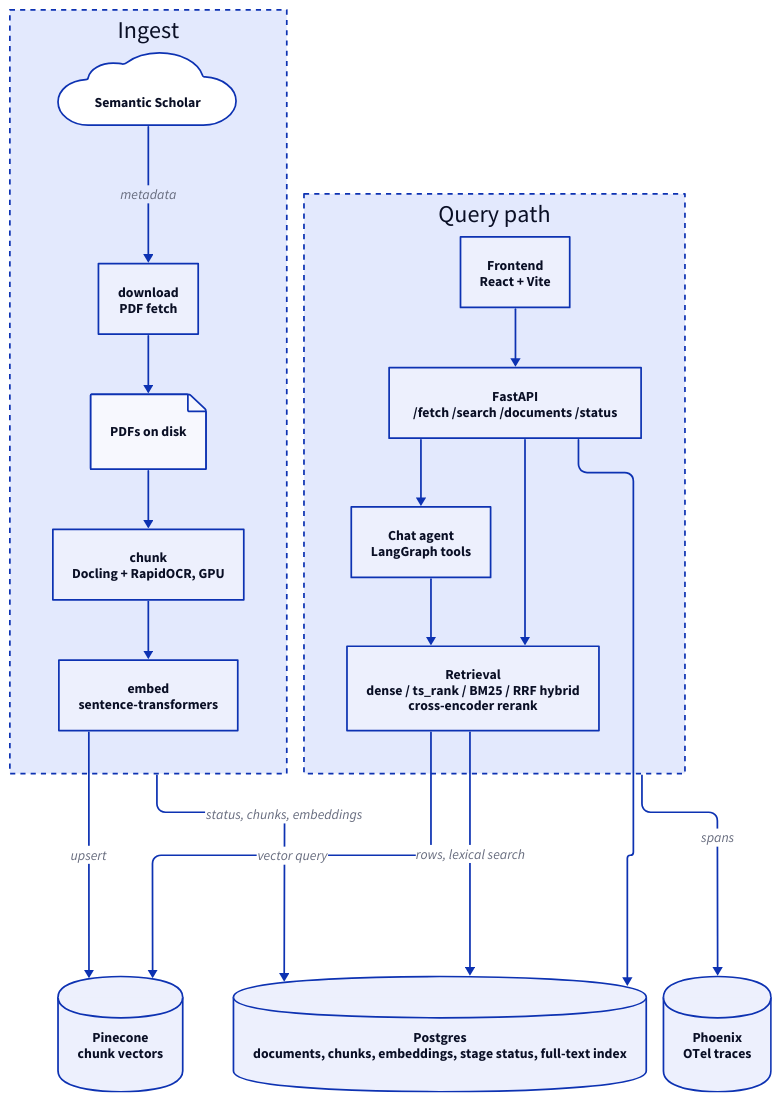
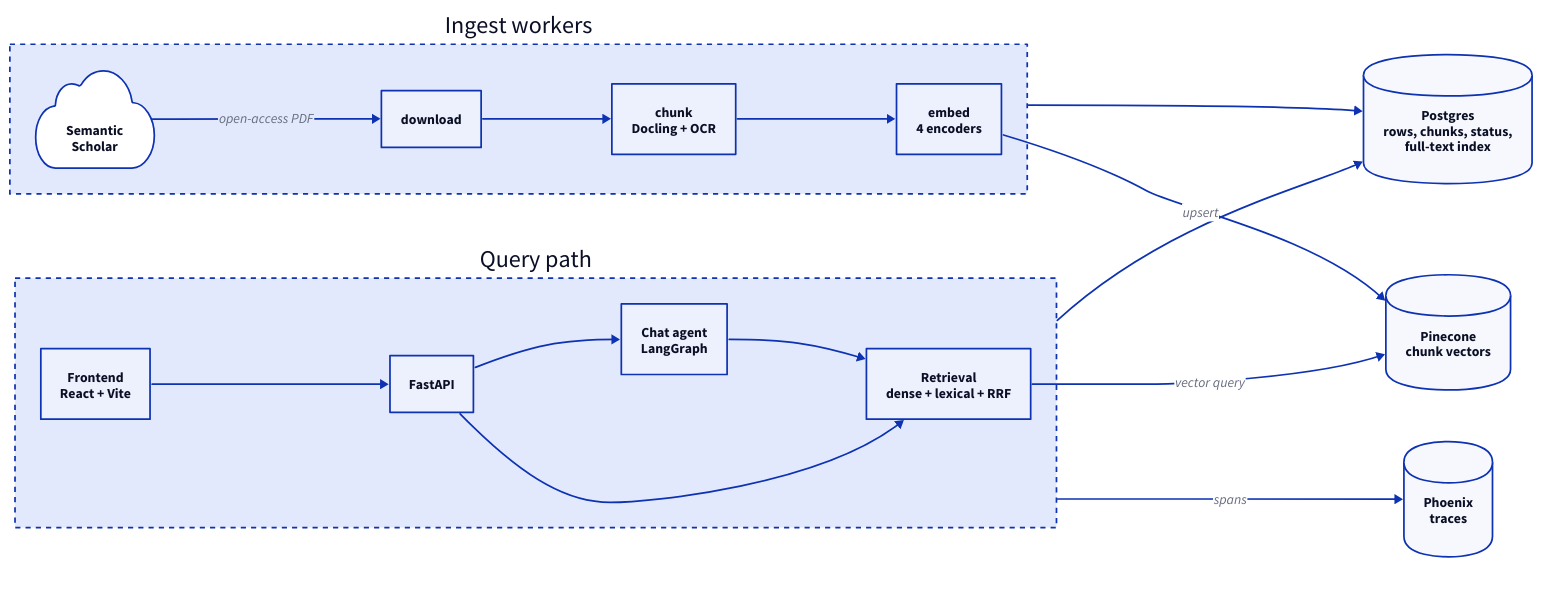
Before and after one commit to fcoelhomrc/papers-please: the diagram in assets/architecture.d2, drawn with D2. The commit also changed 3 other files, not shown here.

First line of the commit message:
docs: redraw the architecture diagram for readable routing

```diff
--- a/assets/architecture.d2
+++ b/assets/architecture.d2
@@ -1,44 +1,46 @@
 # Architecture of Papers, Please.
 #
 # Render both themes (the README picks one by prefers-color-scheme):
-#   d2 --theme 0   --pad 20 assets/architecture.d2 assets/architecture.svg
-#   d2 --theme 200 --pad 20 assets/architecture.d2 assets/architecture-dark.svg
+#   d2 --layout elk --theme 0   --pad 20 assets/architecture.d2 assets/architecture.svg
+#   d2 --layout elk --theme 200 --pad 20 assets/architecture.d2 assets/architecture-dark.svg
+#
+# The edge labels also act as spacing hints: dropping the ones in the gutter
+# between the lanes and the datastores makes elk restack the two lanes and
+# doubles the width of the render.
 
-vars: { d2-config: { layout-engine: elk } }
-direction: down
+direction: right
 
-ingest: Ingest {
-  direction: right
+ingest: "Ingest workers" {
   style.stroke-dash: 3
-  scholar: "Semantic Scholar" { shape: cloud }
-  download: "download\nPDF fetch"
-  pdfs: "PDFs on disk" { shape: page }
-  chunk: "chunk\nDocling + RapidOCR, GPU"
-  embed: "embed\nsentence-transformers"
-  scholar -> download: metadata
-  download -> pdfs -> chunk -> embed
+  scholar: "Semantic\nScholar" { shape: cloud }
+  download: download
+  chunk: "chunk\nDocling + OCR"
+  embed: "embed\n4 encoders"
+  scholar -> download: open-access PDF
+  download -> chunk -> embed
 }
 
 serve: "Query path" {
-  direction: right
   style.stroke-dash: 3
   ui: "Frontend\nReact + Vite"
-  api: "FastAPI\n/fetch  /search  /documents  /status"
-  agent: "Chat agent\nLangGraph tools"
-  retrieval: "Retrieval\ndense / ts_rank / BM25 / RRF hybrid\ncross-encoder rerank"
+  api: FastAPI
+  agent: "Chat agent\nLangGraph"
+  retrieval: "Retrieval\ndense + lexical + RRF"
   ui -> api
-  api -> agent
-  agent -> retrieval
+  api -> agent -> retrieval
   api -> retrieval
 }
 
-pg: "Postgres\ndocuments, chunks, embeddings, stage status, full-text index" { shape: cylinder }
-pinecone: "Pinecone\nchunk vectors" { shape: cylinder }
-phoenix: "Phoenix\nOTel traces" { shape: cylinder }
+stores: "" {
+  style.fill: transparent
+  style.stroke-width: 0
+  pg: "Postgres\nrows, chunks, status,\nfull-text index" { shape: cylinder }
+  pinecone: "Pinecone\nchunk vectors" { shape: cylinder }
+  phoenix: "Phoenix\ntraces" { shape: cylinder }
+}
 
-ingest -> pg: status, chunks, embeddings
-ingest.embed -> pinecone: upsert
-serve.api -> pg
-serve.retrieval -> pg: rows, lexical search
-serve.retrieval -> pinecone: vector query
-serve -> phoenix: spans
+ingest -> stores.pg
+ingest.embed -> stores.pinecone: upsert
+serve -> stores.pg
+serve.retrieval -> stores.pinecone: vector query
+serve -> stores.phoenix: spans
```
